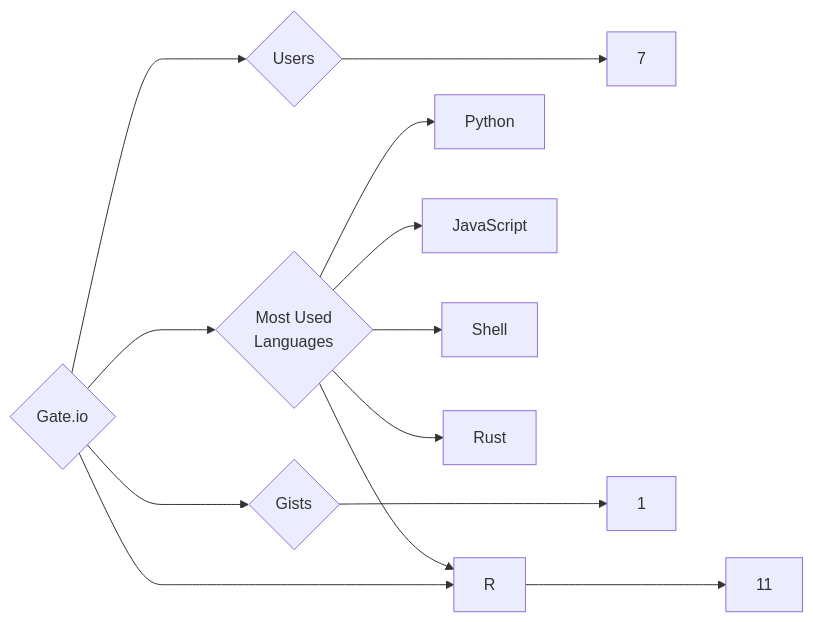
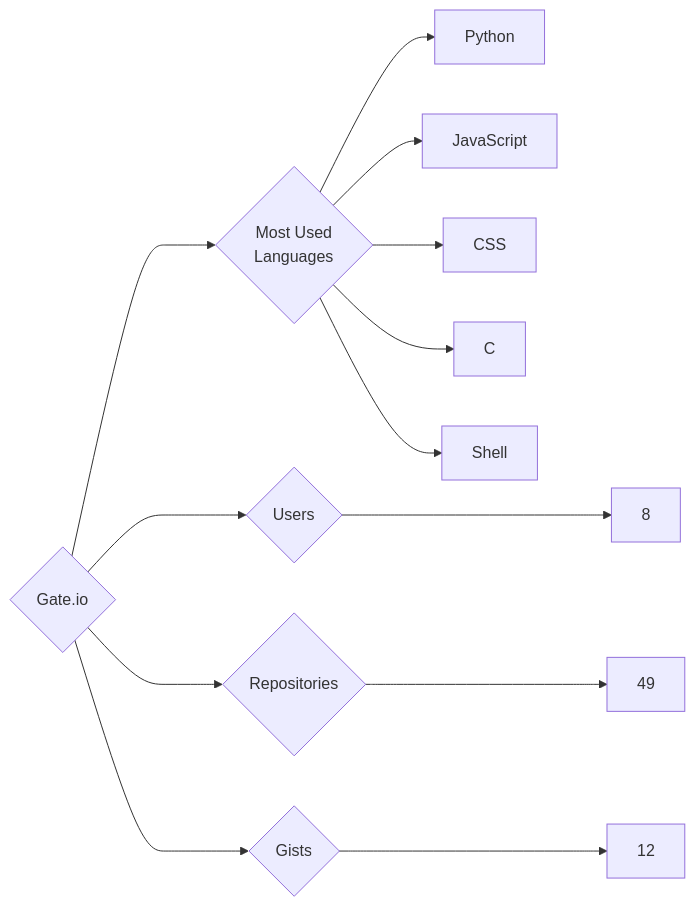
One commit to trickest/insiders changed the diagram in targets/Gate.io/README.md. Above: the diagram before and after it, drawn with Mermaid. The commit also changed 993 other files, not shown here.

````diff
--- a/targets/Gate.io/README.md
+++ b/targets/Gate.io/README.md
@@ -3,13 +3,13 @@
 ```mermaid
 graph LR
 COMPANY_NAME{Gate.io}
-COMPANY_NAME ---> U{Users} ---> UN[7]
-COMPANY_NAME ---> R{Repositories} ---> RN[11]
-COMPANY_NAME ---> G{Gists} ---> GN[1]
+COMPANY_NAME ---> U{Users} ---> UN[8]
+COMPANY_NAME ---> R{Repositories} ---> RN[49]
+COMPANY_NAME ---> G{Gists} ---> GN[12]
 COMPANY_NAME ---> ML{Most Used<br>Languages}
 ML --> Python[Python]
 ML --> JavaScript[JavaScript]
+ML --> CSS[CSS]
+ML --> C[C]
 ML --> Shell[Shell]
-ML --> Rust[Rust]
-ML --> R[R]
 ```
````
